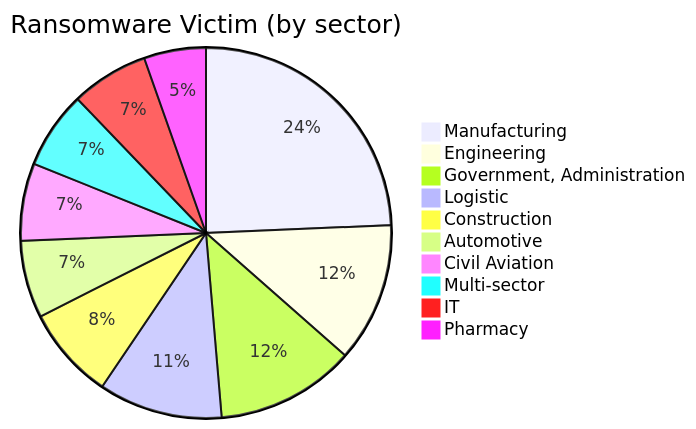
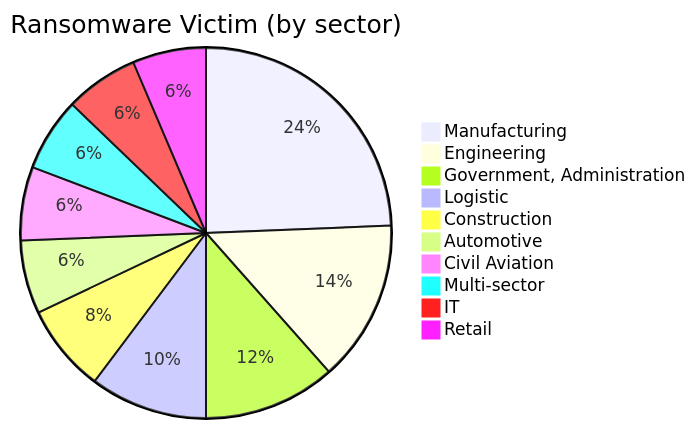
One commit to rectifyq/site changed the fourth of 4 diagrams in content/my-threat-landscape/ransomware.md. Above: the diagram before and after it, drawn with Mermaid. The commit also changed other lines of this file, not shown here.

````diff
--- a/content/my-threat-landscape/ransomware.md
+++ b/content/my-threat-landscape/ransomware.md
@@ -183,14 +192,14 @@
 ```mermaid
 pie title Ransomware Victim (by sector)
-    "Manufacturing" : 18
-    "Engineering" : 9
+    "Manufacturing" : 19
+    "Engineering" : 11
     "Government, Administration" : 9
     "Logistic" : 8
     "Construction" : 6
     "Automotive" : 5
     "Civil Aviation" : 5
     "Multi-sector" : 5       
      "IT" : 5
-    "Pharmacy" : 4
+    "Retail" : 5
 
 ```
````
